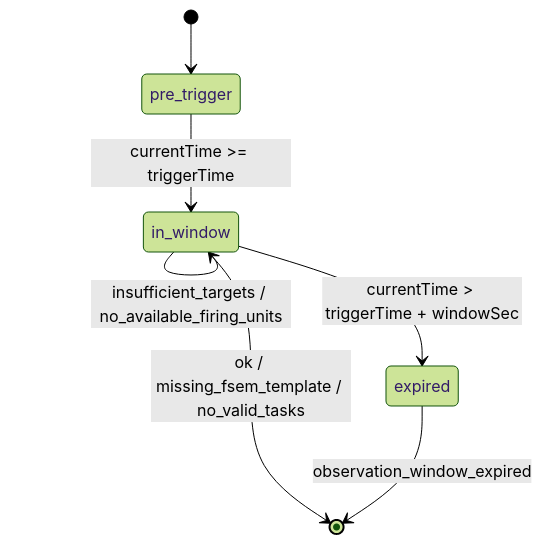
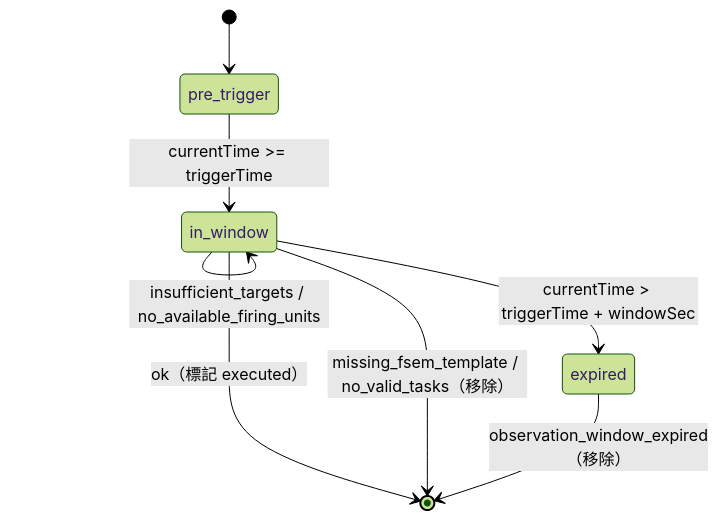
One commit to pullupjumper/formosa-in-flames changed the first of 2 diagrams in docs/strikePlanner/fsemBuilder.md. Above: the diagram before and after it, drawn with Mermaid (forest theme). The commit also changed other lines of this file and 4 other files, not shown here.

````diff
--- a/docs/strikePlanner/fsemBuilder.md
+++ b/docs/strikePlanner/fsemBuilder.md
@@ -54,9 +55,10 @@
 ```mermaid
 stateDiagram-v2
     [*] --> pre_trigger
     pre_trigger --> in_window : currentTime >= triggerTime
     in_window --> in_window : insufficient_targets / no_available_firing_units
-    in_window --> [*] : ok / missing_fsem_template / no_valid_tasks
+    in_window --> [*] : ok（標記 executed）
+    in_window --> [*] : missing_fsem_template / no_valid_tasks（移除）
     in_window --> expired : currentTime > triggerTime + windowSec
-    expired --> [*] : observation_window_expired
+    expired --> [*] : observation_window_expired（移除）
 ```
````
